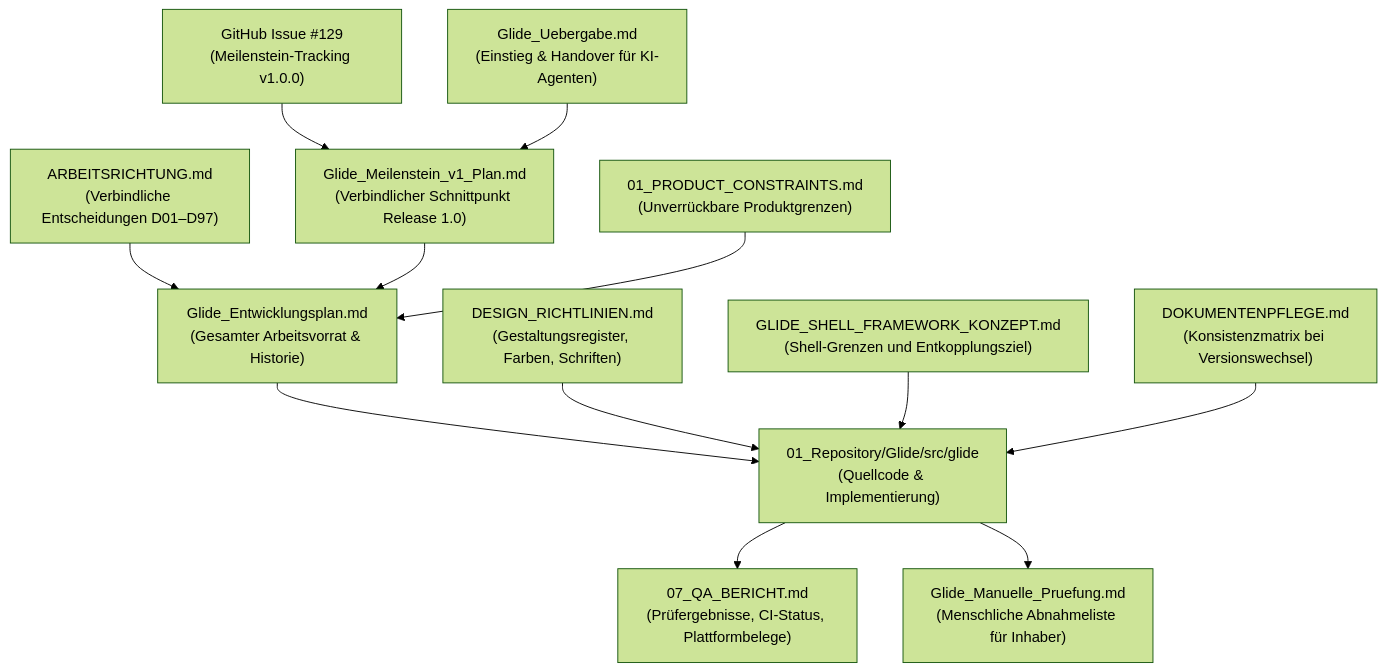
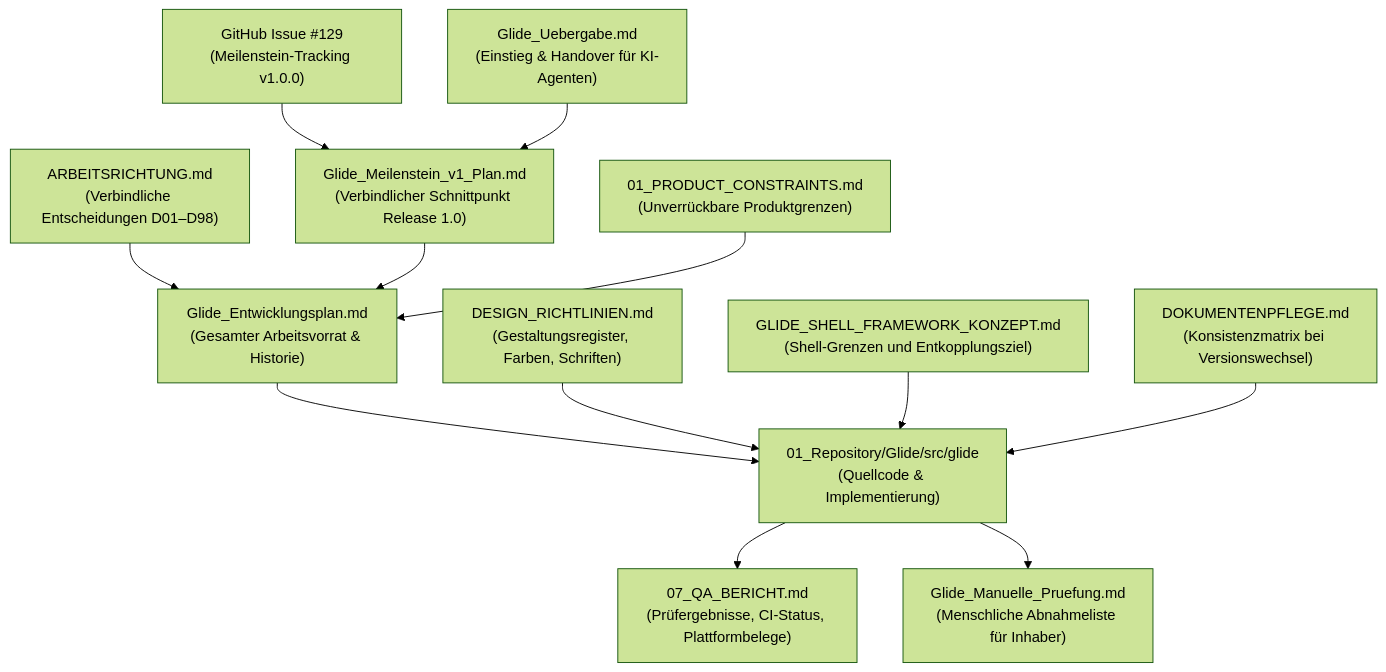
The first of 2 diagrams in 00_Arbeitsvorbereitung/Glide_Uebergabe.md (n05a-design/glide-to-do), drawn with Mermaid (forest theme) before and after one commit. The commit also changed other lines of this file and 30 other files, not shown here.

````diff
--- a/00_Arbeitsvorbereitung/Glide_Uebergabe.md
+++ b/00_Arbeitsvorbereitung/Glide_Uebergabe.md
@@ -66,14 +66,14 @@
 ```mermaid
 flowchart TD
-    AR["ARBEITSRICHTUNG.md<br/>(Verbindliche Entscheidungen D01–D97)"] --> EP["Glide_Entwicklungsplan.md<br/>(Gesamter Arbeitsvorrat & Historie)"]
+    AR["ARBEITSRICHTUNG.md<br/>(Verbindliche Entscheidungen D01–D98)"] --> EP["Glide_Entwicklungsplan.md<br/>(Gesamter Arbeitsvorrat & Historie)"]
     MPLAN["Glide_Meilenstein_v1_Plan.md<br/>(Verbindlicher Schnittpunkt Release 1.0)"] --> EP
     ISSUE["GitHub Issue #129<br/>(Meilenstein-Tracking v1.0.0)"] --> MPLAN
     PC["01_PRODUCT_CONSTRAINTS.md<br/>(Unverrückbare Produktgrenzen)"] --> EP
     EP --> PROD["01_Repository/Glide/src/glide<br/>(Quellcode & Implementierung)"]
     DR["DESIGN_RICHTLINIEN.md<br/>(Gestaltungsregister, Farben, Schriften)"] --> PROD
     SK["GLIDE_SHELL_FRAMEWORK_KONZEPT.md<br/>(Shell-Grenzen und Entkopplungsziel)"] --> PROD
     PROD --> QA["07_QA_BERICHT.md<br/>(Prüfergebnisse, CI-Status, Plattformbelege)"]
     PROD --> MAN["Glide_Manuelle_Pruefung.md<br/>(Menschliche Abnahmeliste für Inhaber)"]
     DP["DOKUMENTENPFLEGE.md<br/>(Konsistenzmatrix bei Versionswechsel)"] --> PROD
     UEB["Glide_Uebergabe.md<br/>(Einstieg & Handover für KI-Agenten)"] --> MPLAN
 ```
````
